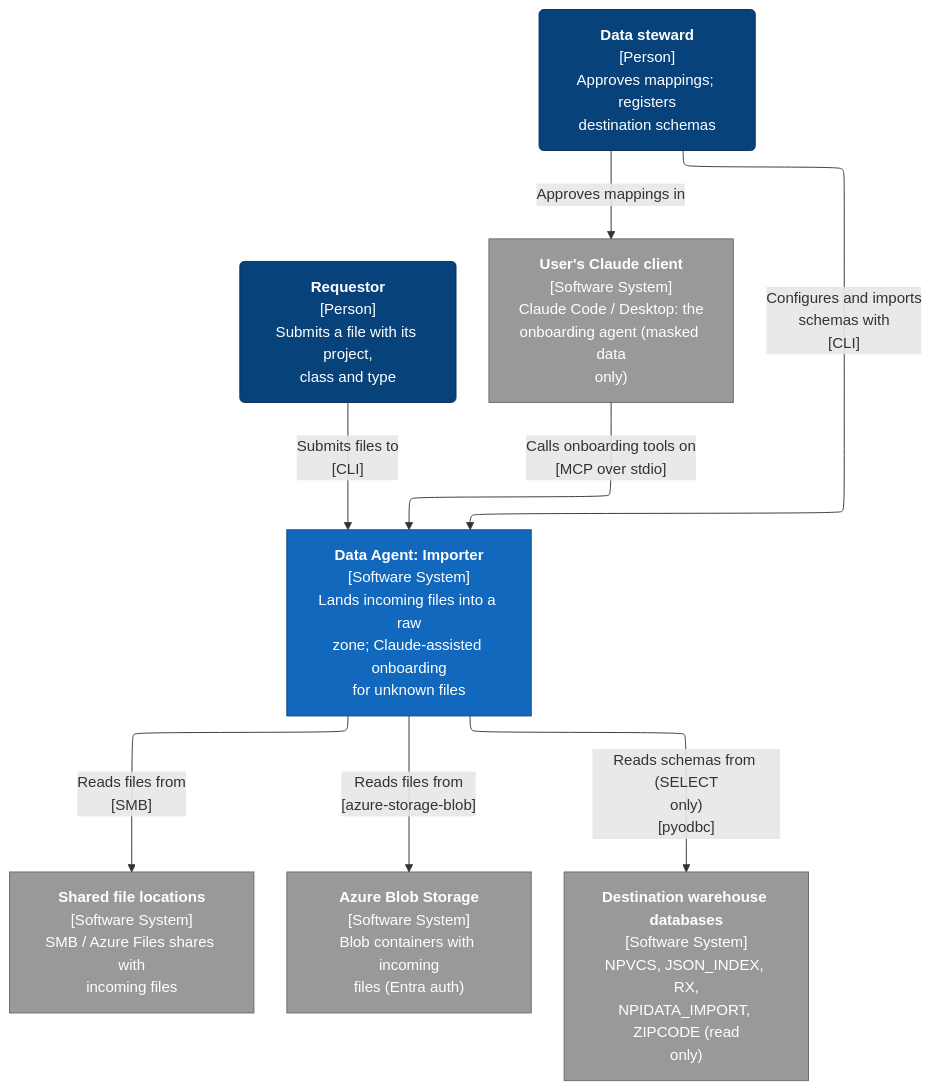
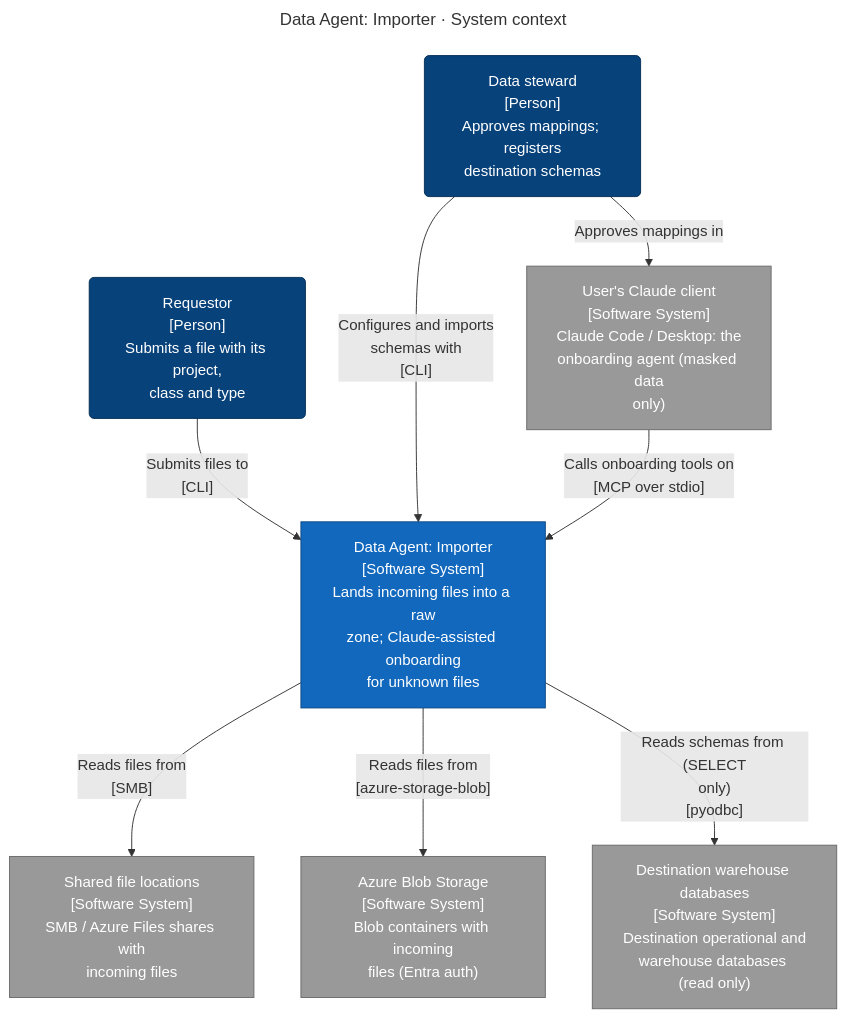
Before and after one commit to SqlDataSpire/AIDataImportAgentMCP: the first of 10 diagrams in docs/architecture/c4/ArchitectureReport.md, drawn with Mermaid. The commit also changed other lines of this file and 30 other files, not shown here.

Commit message:
docs(architecture): refresh C4 diagrams to v3.5.1 and add ArchitectureReview.md

````diff
--- a/docs/architecture/c4/ArchitectureReport.md
+++ b/docs/architecture/c4/ArchitectureReport.md
@@ -27,62 +72,29 @@
 ```mermaid
 ---
-config:
-  layout: elk
+title: "Data Agent: Importer · System context"
 ---
 flowchart TB
-    requestor("`**Requestor**
-[Person]
-Submits a file with its project,
-class and type`")
-    steward("`**Data steward**
-[Person]
-Approves mappings; registers
-destination schemas`")
-    system["`**Data Agent: Importer**
-[Software System]
-Lands incoming files into a raw
-zone; Claude-assisted onboarding
-for unknown files`"]
-    claude_client["`**User's Claude client**
-[Software System]
-Claude Code / Desktop: the
-onboarding agent (masked data
-only)`"]
-    file_shares["`**Shared file locations**
-[Software System]
-SMB / Azure Files shares with
-incoming files`"]
-    azure_blob["`**Azure Blob Storage**
-[Software System]
-Blob containers with incoming
-files (Entra auth)`"]
-    destination_dbs["`**Destination warehouse databases**
-[Software System]
-NPVCS, JSON_INDEX, RX,
-NPIDATA_IMPORT, ZIPCODE (read
-only)`"]
-    requestor -->|"`Submits files to
-[CLI]`"| system
-    steward -->|"`Approves mappings in`"| claude_client
-    steward -->|"`Configures and imports
-schemas with
-[CLI]`"| system
-    claude_client -->|"`Calls onboarding tools on
-[MCP over stdio]`"| system
-    system -->|"`Reads files from
-[SMB]`"| file_shares
-    system -->|"`Reads files from
-[azure-storage-blob]`"| azure_blob
-    system -->|"`Reads schemas from (SELECT
-only)
-[pyodbc]`"| destination_dbs
+    requestor("Requestor<br/>[Person]<br/>Submits a file with its project,<br/>class and type")
+    steward("Data steward<br/>[Person]<br/>Approves mappings; registers<br/>destination schemas")
+    system["Data Agent: Importer<br/>[Software System]<br/>Lands incoming files into a raw<br/>zone; Claude-assisted onboarding<br/>for unknown files"]
+    claude_client["User's Claude client<br/>[Software System]<br/>Claude Code / Desktop: the<br/>onboarding agent (masked data<br/>only)"]
+    file_shares["Shared file locations<br/>[Software System]<br/>SMB / Azure Files shares with<br/>incoming files"]
+    azure_blob["Azure Blob Storage<br/>[Software System]<br/>Blob containers with incoming<br/>files (Entra auth)"]
+    destination_dbs["Destination warehouse databases<br/>[Software System]<br/>Destination operational and<br/>warehouse databases (read only)"]
+    requestor -->|"Submits files to<br/>[CLI]"| system
+    steward -->|"Approves mappings in"| claude_client
+    steward -->|"Configures and imports<br/>schemas with<br/>[CLI]"| system
+    claude_client -->|"Calls onboarding tools on<br/>[MCP over stdio]"| system
+    system -->|"Reads files from<br/>[SMB]"| file_shares
+    system -->|"Reads files from<br/>[azure-storage-blob]"| azure_blob
+    system -->|"Reads schemas from (SELECT<br/>only)<br/>[pyodbc]"| destination_dbs
     classDef person fill:#08427b,stroke:#052e56,color:#ffffff
     classDef container fill:#1168bd,stroke:#0b4884,color:#ffffff
     classDef system fill:#1168bd,stroke:#0b4884,color:#ffffff
     classDef component fill:#85bbf0,stroke:#5d82a8,color:#000000
     classDef external fill:#999999,stroke:#6b6b6b,color:#ffffff
     classDef shared fill:#dbe9f6,stroke:#5d82a8,color:#000000,stroke-dasharray:4 3
     class requestor,steward person
     class system system
     class claude_client,file_shares,azure_blob,destination_dbs external
 ```
````
